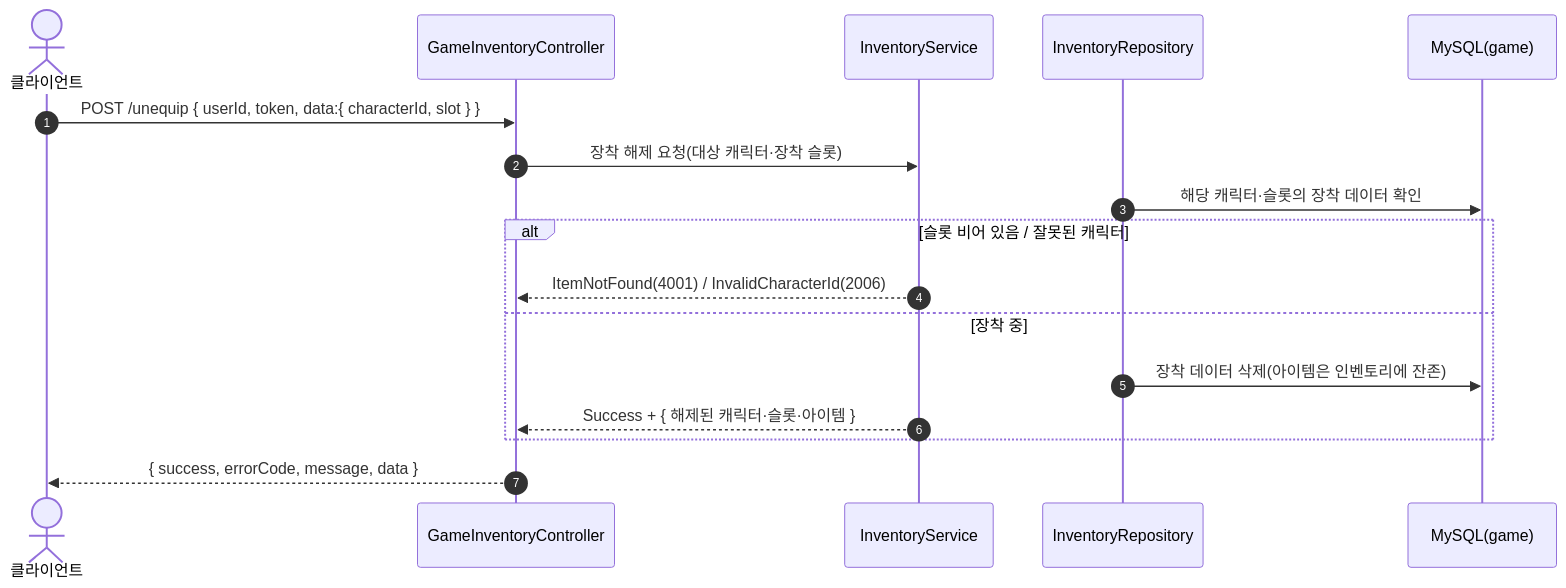
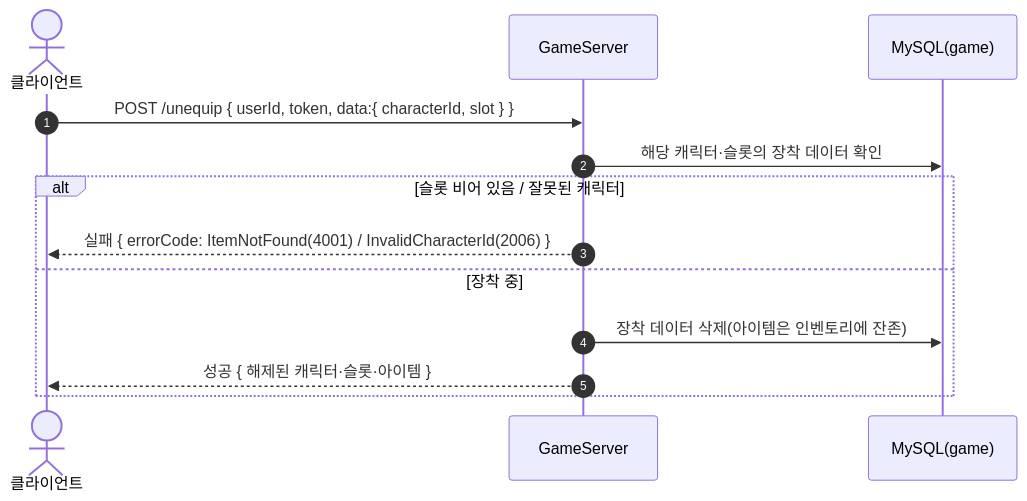
Before and after one commit to ks-wook/com2us-taskbar-hero: the second of 4 diagrams in SequenceDiagram/GameInventoryController.md, drawn with Mermaid. The commit also changed other lines of this file and 8 other files, not shown here.

Commit message:
시퀀스 다이어그램 수정

````diff
--- a/SequenceDiagram/GameInventoryController.md
+++ b/SequenceDiagram/GameInventoryController.md
@@ -36,20 +31,16 @@
 ```mermaid
 sequenceDiagram
     autonumber
     actor C as 클라이언트
-    participant Ctrl as GameInventoryController
-    participant Svc as InventoryService
-    participant Repo as InventoryRepository
+    participant S as GameServer
     participant DB as MySQL(game)
 
-    C->>Ctrl: POST /unequip { userId, token, data:{ characterId, slot } }
-    Ctrl->>Svc: 장착 해제 요청(대상 캐릭터·장착 슬롯)
-    Repo->>DB: 해당 캐릭터·슬롯의 장착 데이터 확인
+    C->>S: POST /unequip { userId, token, data:{ characterId, slot } }
+    S->>DB: 해당 캐릭터·슬롯의 장착 데이터 확인
     alt 슬롯 비어 있음 / 잘못된 캐릭터
-        Svc-->>Ctrl: ItemNotFound(4001) / InvalidCharacterId(2006)
+        S-->>C: 실패 { errorCode: ItemNotFound(4001) / InvalidCharacterId(2006) }
     else 장착 중
-        Repo->>DB: 장착 데이터 삭제(아이템은 인벤토리에 잔존)
-        Svc-->>Ctrl: Success + { 해제된 캐릭터·슬롯·아이템 }
+        S->>DB: 장착 데이터 삭제(아이템은 인벤토리에 잔존)
+        S-->>C: 성공 { 해제된 캐릭터·슬롯·아이템 }
     end
-    Ctrl-->>C: { success, errorCode, message, data }
 ```
````
